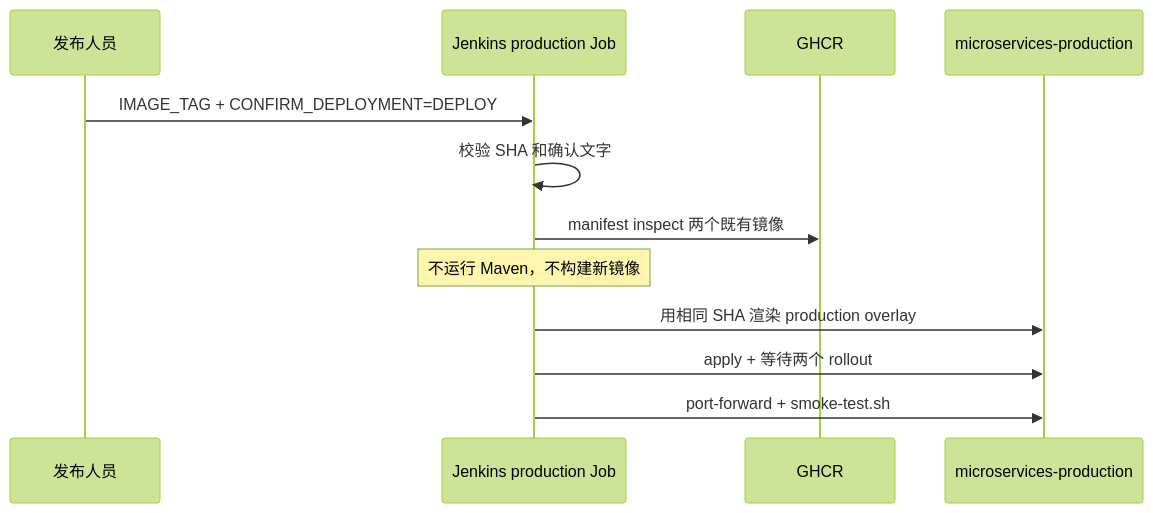
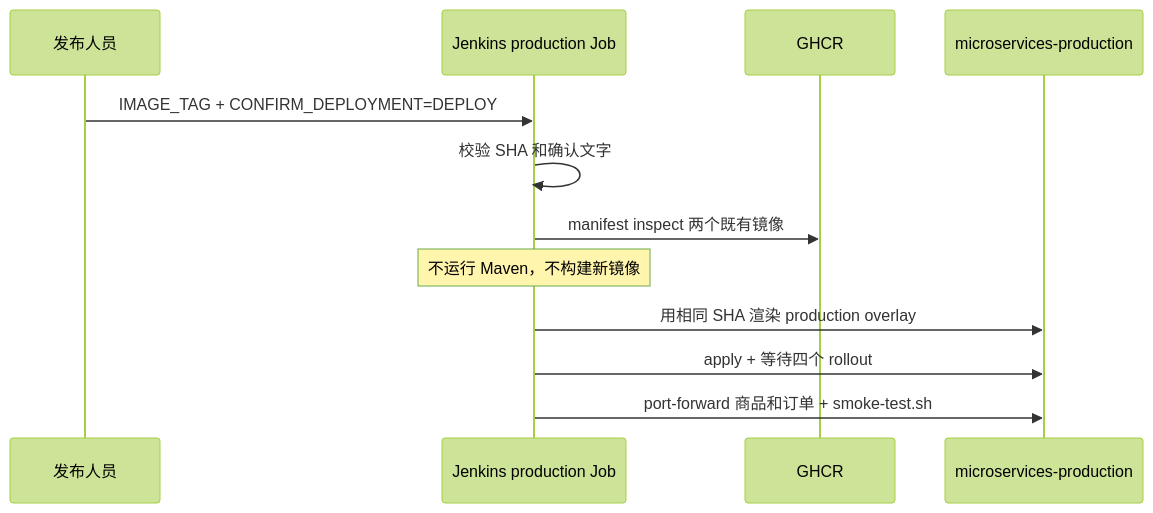
Before and after one commit to helloworld250902-crypto/springboot-microservices-cicd-demo: the fifth of 5 diagrams in docs/configuration-flow.md, drawn with Mermaid (forest theme). The commit also changed other lines of this file and 4 other files, not shown here.

````diff
--- a/docs/configuration-flow.md
+++ b/docs/configuration-flow.md
@@ -83,15 +146,15 @@
 ```mermaid
 sequenceDiagram
     participant Operator as 发布人员
     participant Jenkins as Jenkins production Job
     participant GHCR
     participant K8s as microservices-production
 
     Operator->>Jenkins: IMAGE_TAG + CONFIRM_DEPLOYMENT=DEPLOY
     Jenkins->>Jenkins: 校验 SHA 和确认文字
     Jenkins->>GHCR: manifest inspect 两个既有镜像
     Note over Jenkins: 不运行 Maven，不构建新镜像
     Jenkins->>K8s: 用相同 SHA 渲染 production overlay
-    Jenkins->>K8s: apply + 等待两个 rollout
-    Jenkins->>K8s: port-forward + smoke-test.sh
+    Jenkins->>K8s: apply + 等待四个 rollout
+    Jenkins->>K8s: port-forward 商品和订单 + smoke-test.sh
 ```
````
